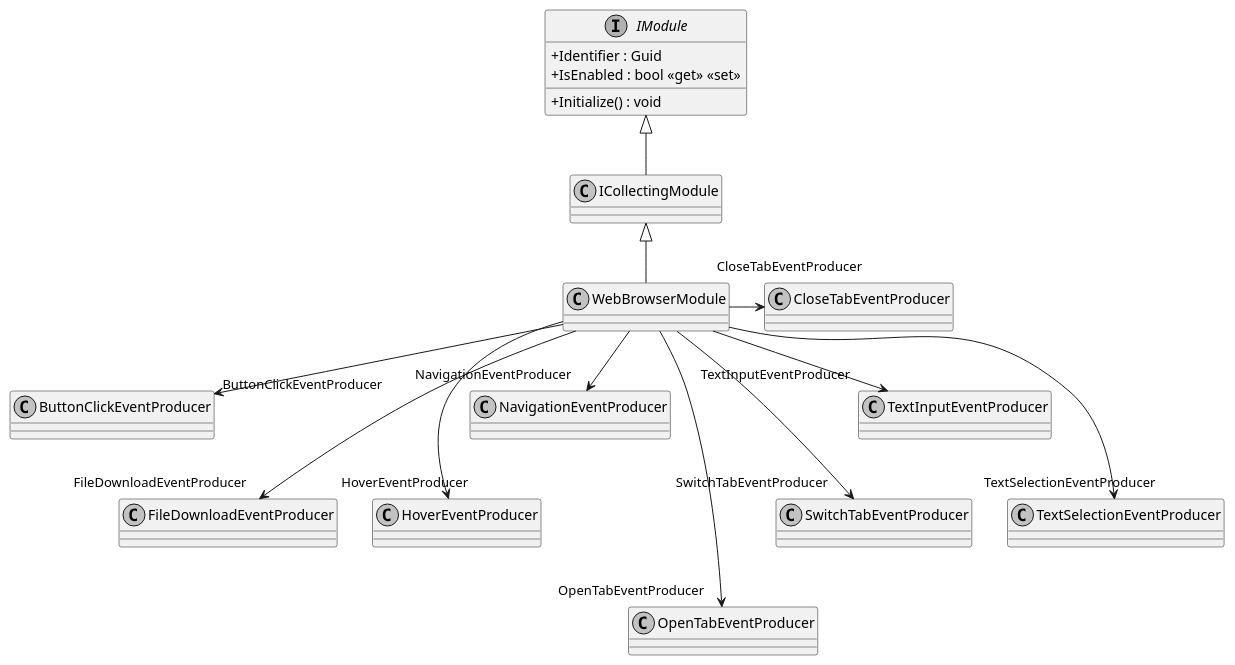
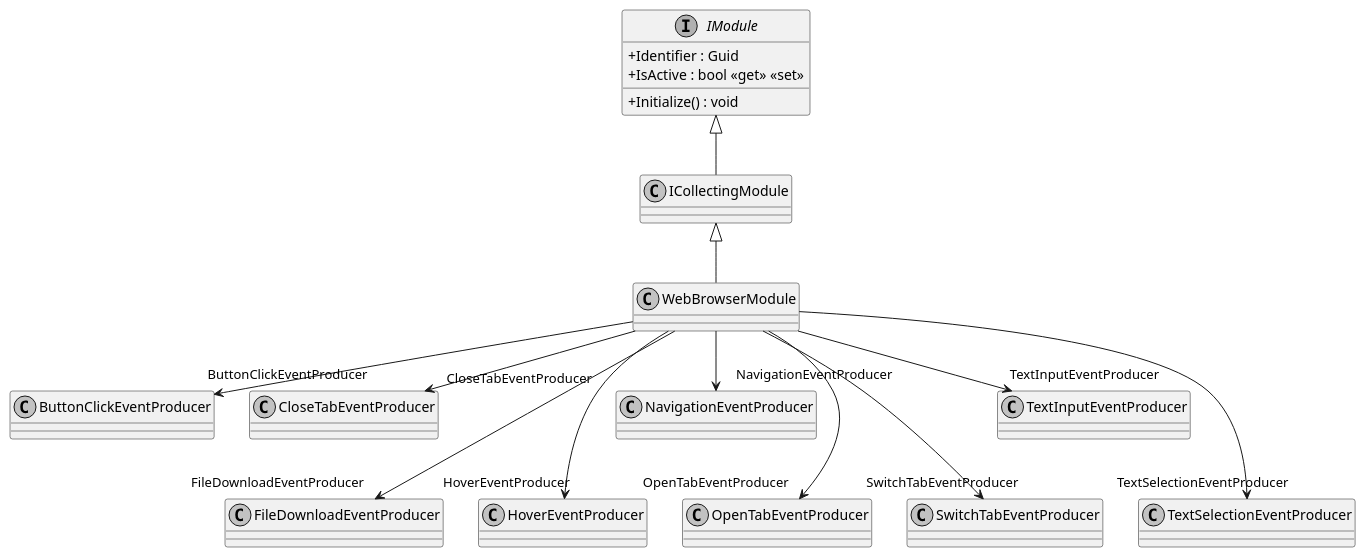
The diagram in application/plantuml/Modules/WebBrowser/WebBrowserModule.puml (insightmind/MORR), drawn with PlantUML before and after one commit. The commit also changed 165 other files, not shown here.

```diff
--- a/application/plantuml/Modules/WebBrowser/WebBrowserModule.puml
+++ b/application/plantuml/Modules/WebBrowser/WebBrowserModule.puml
@@ -1,24 +1,22 @@
 @startuml
-
 skinparam monochrome true
 skinparam ClassAttributeIconSize 0
-
 class WebBrowserModule {
 }
 interface IModule {
     + Identifier : Guid
-    + IsEnabled : bool <<get>> <<set>>
+    + IsActive : bool <<get>> <<set>>
     + Initialize() : void
 }
 IModule <|-- ICollectingModule
 ICollectingModule <|-- WebBrowserModule
 WebBrowserModule --> "ButtonClickEventProducer" ButtonClickEventProducer
-WebBrowserModule -> "CloseTabEventProducer" CloseTabEventProducer
+WebBrowserModule =-> "CloseTabEventProducer" CloseTabEventProducer
 WebBrowserModule ---> "FileDownloadEventProducer" FileDownloadEventProducer
 WebBrowserModule ---> "HoverEventProducer" HoverEventProducer
 WebBrowserModule --> "NavigationEventProducer" NavigationEventProducer
-WebBrowserModule ----> "OpenTabEventProducer" OpenTabEventProducer
+WebBrowserModule ---> "OpenTabEventProducer" OpenTabEventProducer
 WebBrowserModule ---> "SwitchTabEventProducer" SwitchTabEventProducer
 WebBrowserModule --> "TextInputEventProducer" TextInputEventProducer
 WebBrowserModule ---> "  TextSelectionEventProducer" TextSelectionEventProducer
 @enduml
```
